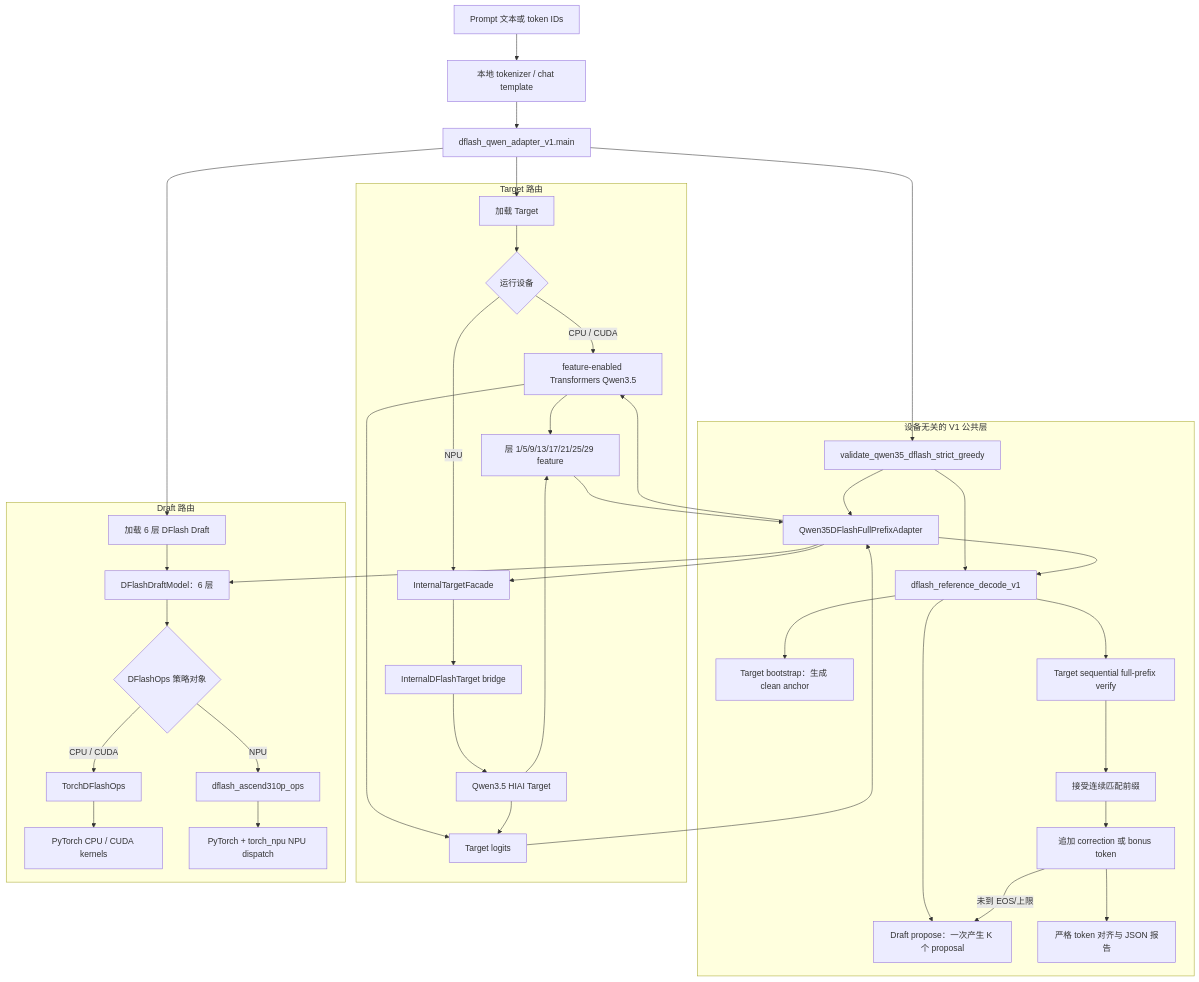
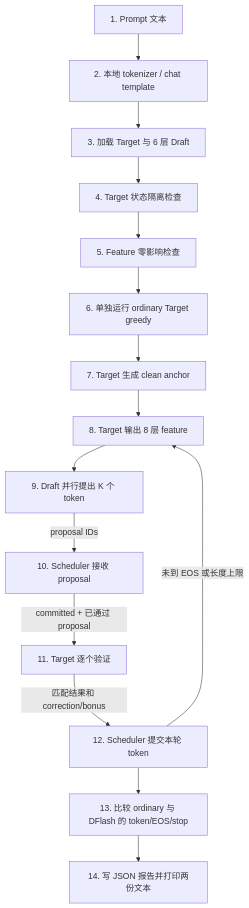
The diagram in docs/DFLASH_V1_ARCHITECTURE.md (day8reak/qwen3.5-4B-dflash), drawn with Mermaid before and after one commit. The commit also changed other lines of this file and 12 other files, not shown here.

Commit message:
docs: explain DFlash flow and performance roadmap

````diff
--- a/docs/DFLASH_V1_ARCHITECTURE.md
+++ b/docs/DFLASH_V1_ARCHITECTURE.md
@@ -29,49 +34,17 @@
 ```mermaid
-flowchart TB
-    U[Prompt 文本或 token IDs] --> TOK[本地 tokenizer / chat template]
-    TOK --> CLI[dflash_qwen_adapter_v1.main]
-
-    CLI --> LOADT[加载 Target]
-    CLI --> LOADD[加载 6 层 DFlash Draft]
-    CLI --> V[validate_qwen35_dflash_strict_greedy]
-
-    subgraph COMMON[设备无关的 V1 公共层]
-        V --> A[Qwen35DFlashFullPrefixAdapter]
-        V --> S[dflash_reference_decode_v1]
-        S --> BOOT[Target bootstrap：生成 clean anchor]
-        S --> PROP[Draft propose：一次产生 K 个 proposal]
-        S --> VERIFY[Target sequential full-prefix verify]
-        VERIFY --> ACCEPT[接受连续匹配前缀]
-        ACCEPT --> CORR[追加 correction 或 bonus token]
-        CORR -->|未到 EOS/上限| PROP
-        CORR --> REPORT[严格 token 对齐与 JSON 报告]
-    end
-
-    subgraph TARGET[Target 路由]
-        LOADT --> TD{运行设备}
-        TD -->|CPU / CUDA| HF[feature-enabled Transformers Qwen3.5]
-        TD -->|NPU| FACADE[InternalTargetFacade]
-        FACADE --> BRIDGE[InternalDFlashTarget bridge]
-        BRIDGE --> HIAI[Qwen3.5 HIAI Target]
-        HF --> FEAT[层 1/5/9/13/17/21/25/29 feature]
-        HIAI --> FEAT
-        HF --> LOGITS[Target logits]
-        HIAI --> LOGITS
-    end
-
-    subgraph DRAFT[Draft 路由]
-        LOADD --> DM[DFlashDraftModel：6 层]
-        DM --> OD{DFlashOps 策略对象}
-        OD -->|CPU / CUDA| TOPS[TorchDFlashOps]
-        OD -->|NPU| NOPS[dflash_ascend310p_ops]
-        TOPS --> DEVICE1[PyTorch CPU / CUDA kernels]
-        NOPS --> DEVICE2[PyTorch + torch_npu NPU dispatch]
-    end
-
-    A --> HF
-    A --> FACADE
-    FEAT --> A
-    LOGITS --> A
-    A --> DM
-    A --> S
+flowchart TD
+    P[1. Prompt 文本] --> T[2. 本地 tokenizer / chat template]
+    T --> L[3. 加载 Target 与 6 层 Draft]
+    L --> G1[4. Target 状态隔离检查]
+    G1 --> G2[5. Feature 零影响检查]
+    G2 --> O[6. 单独运行 ordinary Target greedy]
+    O --> B[7. Target 生成 clean anchor]
+    B --> F[8. Target 输出 8 层 feature]
+    F --> D[9. Draft 并行提出 K 个 token]
+    D -->|proposal IDs| S[10. Scheduler 接收 proposal]
+    S -->|committed + 已通过 proposal| V[11. Target 逐个验证]
+    V -->|匹配结果和 correction/bonus| C[12. Scheduler 提交本轮 token]
+    C -->|未到 EOS 或长度上限| F
+    C --> X[13. 比较 ordinary 与 DFlash 的 token/EOS/stop]
+    X --> R[14. 写 JSON 报告并打印两份文本]
 ```
````
